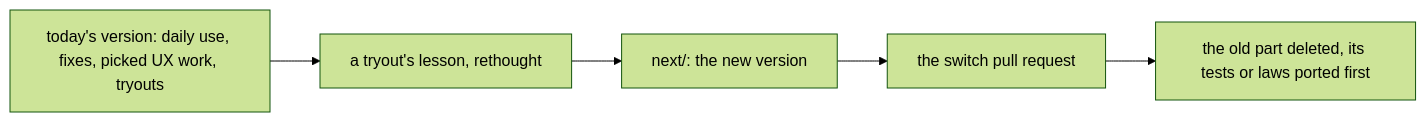
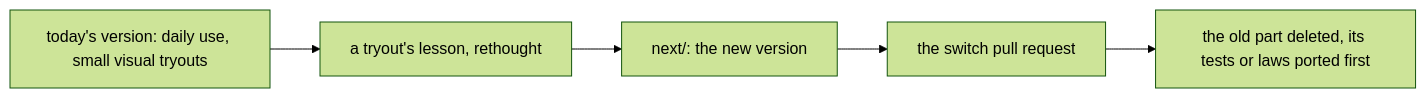
One commit to kamp-us/tea-fabrika changed the diagram in .decisions/0217-next-grows-beside-today.md. Above: the diagram before and after it, drawn with Mermaid (forest theme). The commit also changed other lines of this file and 6 other files, not shown here.

````diff
--- a/.decisions/0217-next-grows-beside-today.md
+++ b/.decisions/0217-next-grows-beside-today.md
@@ -13,7 +13,7 @@
 ```mermaid
 flowchart LR
-  today["today's version: daily use, fixes, picked UX work, tryouts"] --> lesson["a tryout's lesson, rethought"]
+  today["today's version: daily use, small visual tryouts"] --> lesson["a tryout's lesson, rethought"]
   lesson --> next["next/: the new version"]
   next --> switch["the switch pull request"]
   switch --> gone["the old part deleted, its tests or laws ported first"]
 ```
````
